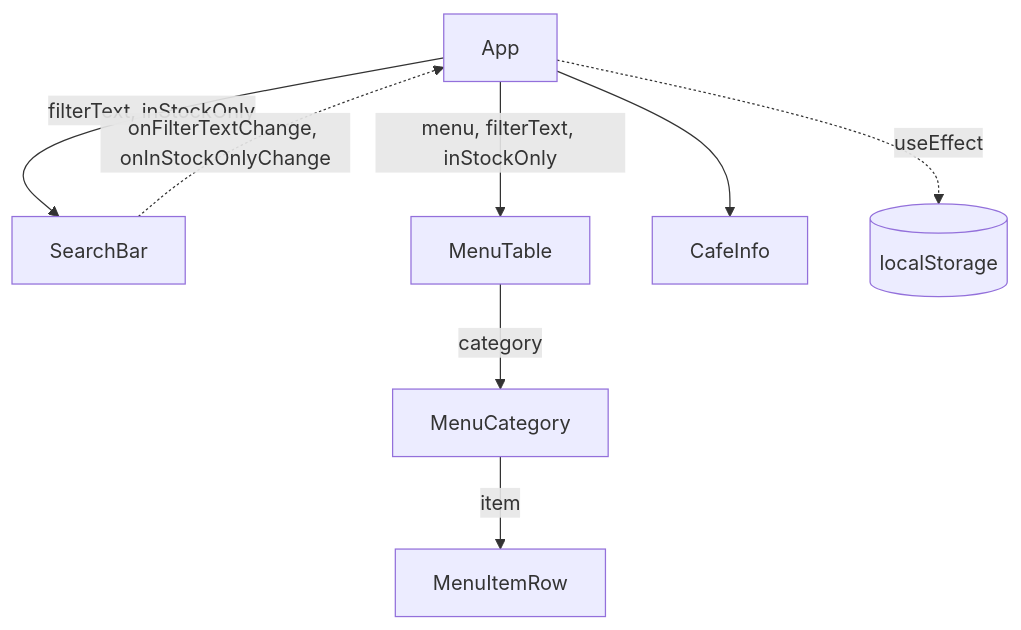
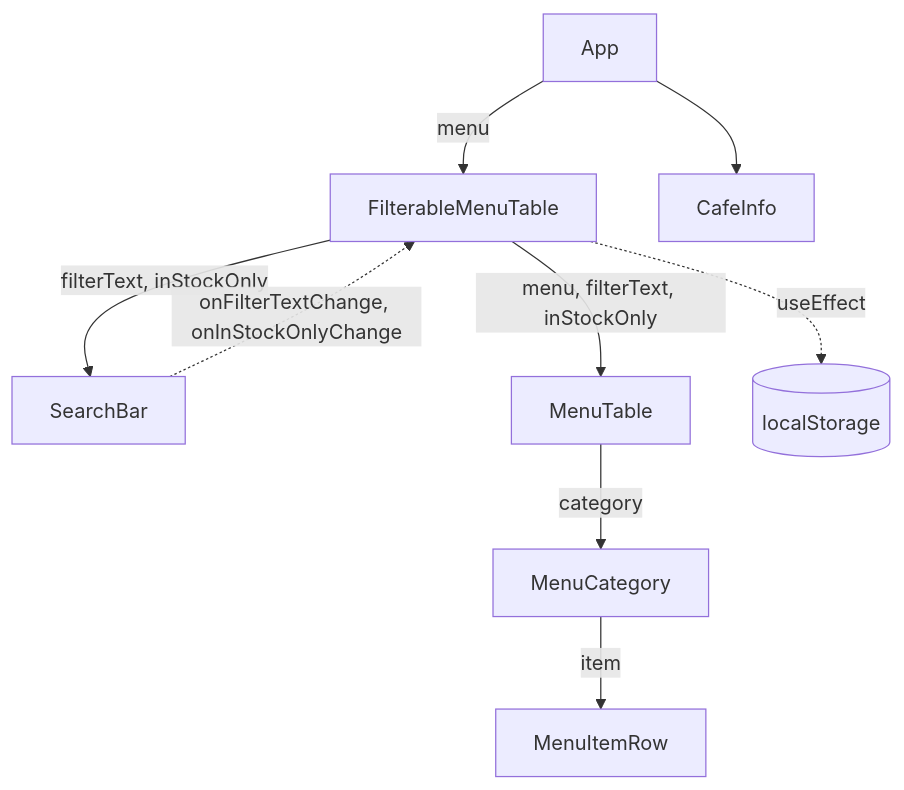
One commit to artembronskyi-spec/react-labs changed the diagram in react-lab-1/lab-4/README.md. Above: the diagram before and after it, drawn with Mermaid.

Commit message:
docs: compare renders before and after state colocation

````diff
--- a/react-lab-1/lab-4/README.md
+++ b/react-lab-1/lab-4/README.md
@@ -31,10 +31,11 @@
 ```mermaid
 flowchart TD
-  App -->|"filterText, inStockOnly"| SearchBar
-  App -->|"menu, filterText, inStockOnly"| MenuTable
+  App -->|menu| FilterableMenuTable
   App --> CafeInfo
+  FilterableMenuTable -->|"filterText, inStockOnly"| SearchBar
+  FilterableMenuTable -->|"menu, filterText, inStockOnly"| MenuTable
   MenuTable -->|category| MenuCategory
   MenuCategory -->|item| MenuItemRow
-  SearchBar -.->|"onFilterTextChange, onInStockOnlyChange"| App
-  App -.->|useEffect| Storage[("localStorage")]
+  SearchBar -.->|"onFilterTextChange, onInStockOnlyChange"| FilterableMenuTable
+  FilterableMenuTable -.->|useEffect| Storage[("localStorage")]
 ```
````
